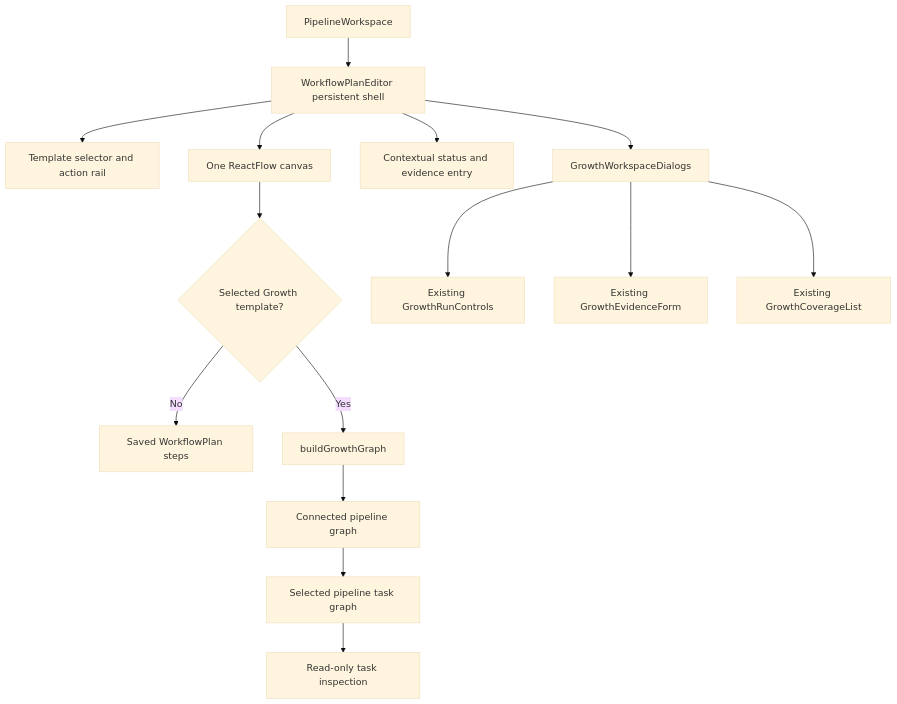
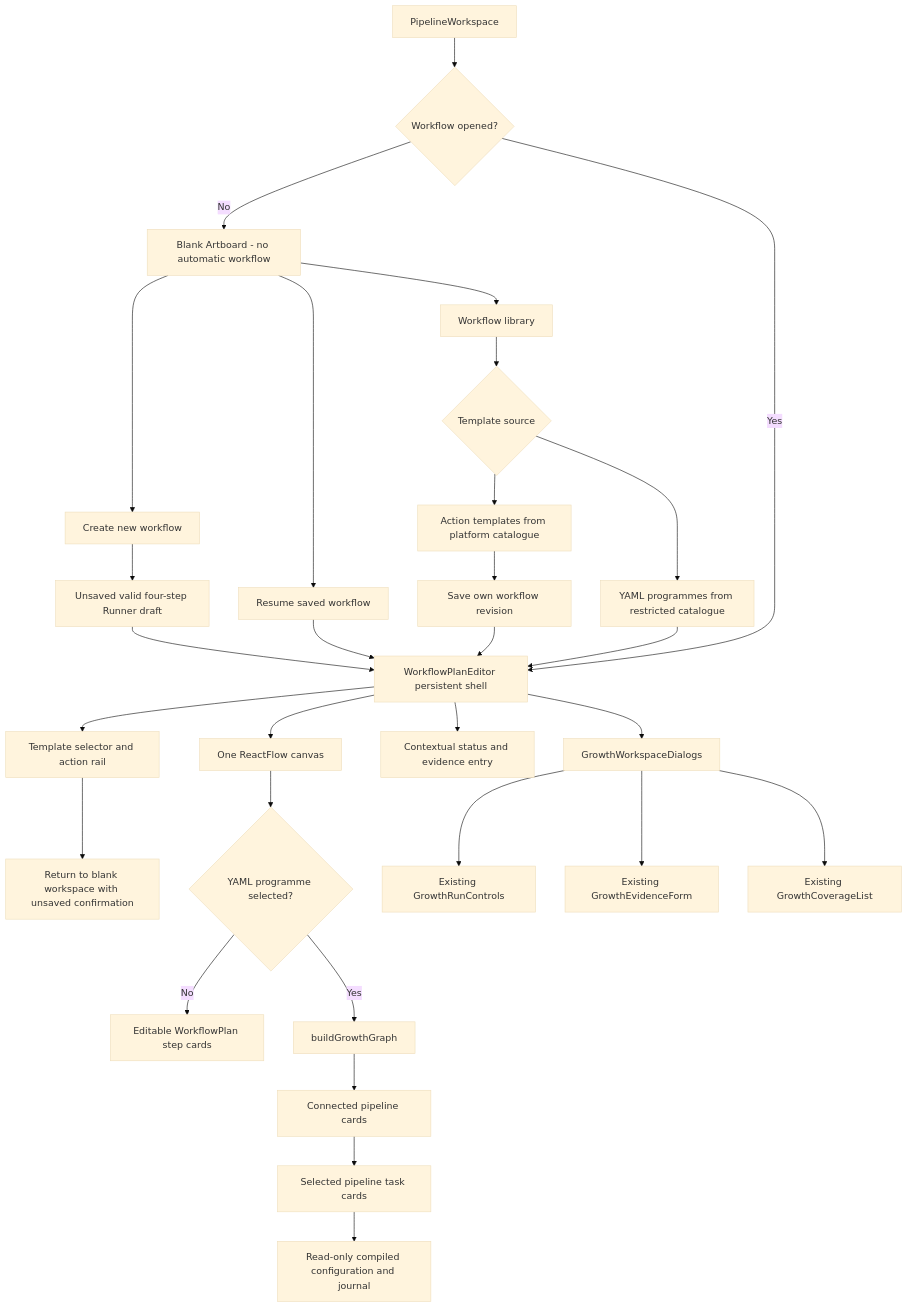
One commit to surdma/utomator changed the diagram in docs/architecture/diagrams/mator-unified-artboard-surface.mmd. Above: the diagram before and after it, drawn with Mermaid (base theme). The commit also changed 1 other file, not shown here.

Commit message:
docs(editor): Record blank Artboard workflow library and verified contracts

```diff
--- a/docs/architecture/diagrams/mator-unified-artboard-surface.mmd
+++ b/docs/architecture/diagrams/mator-unified-artboard-surface.mmd
@@ -1,15 +1,30 @@
 flowchart TD
-  Workspace[PipelineWorkspace] --> Shell[WorkflowPlanEditor persistent shell]
+  Workspace[PipelineWorkspace] --> Choice{Workflow opened?}
+  Choice -->|No| Empty[Blank Artboard - no automatic workflow]
+  Empty --> New[Create new workflow]
+  Empty --> Library[Workflow library]
+  Empty --> Resume[Resume saved workflow]
+  New --> Draft[Unsaved valid four-step Runner draft]
+  Library --> Sources{Template source}
+  Sources --> ActionTemplates[Action templates from platform catalogue]
+  Sources --> YamlTemplates[YAML programmes from restricted catalogue]
+  ActionTemplates --> SaveCopy[Save own workflow revision]
+  Draft --> Shell[WorkflowPlanEditor persistent shell]
+  Resume --> Shell
+  SaveCopy --> Shell
+  YamlTemplates --> Shell
+  Choice -->|Yes| Shell
   Shell --> Toolbar[Template selector and action rail]
   Shell --> Graph[One ReactFlow canvas]
   Shell --> Footer[Contextual status and evidence entry]
   Shell --> Dialog[GrowthWorkspaceDialogs]
-  Graph --> Context{Selected Growth template?}
-  Context -->|No| Saved[Saved WorkflowPlan steps]
+  Toolbar --> Leave[Return to blank workspace with unsaved confirmation]
+  Graph --> Context{YAML programme selected?}
+  Context -->|No| Saved[Editable WorkflowPlan step cards]
   Context -->|Yes| Growth[buildGrowthGraph]
-  Growth --> Overview[Connected pipeline graph]
-  Overview --> TaskGraph[Selected pipeline task graph]
-  TaskGraph --> ReadOnly[Read-only task inspection]
+  Growth --> Overview[Connected pipeline cards]
+  Overview --> TaskGraph[Selected pipeline task cards]
+  TaskGraph --> ReadOnly[Read-only compiled configuration and journal]
   Dialog --> Controls[Existing GrowthRunControls]
   Dialog --> Evidence[Existing GrowthEvidenceForm]
   Dialog --> Coverage[Existing GrowthCoverageList]
```
